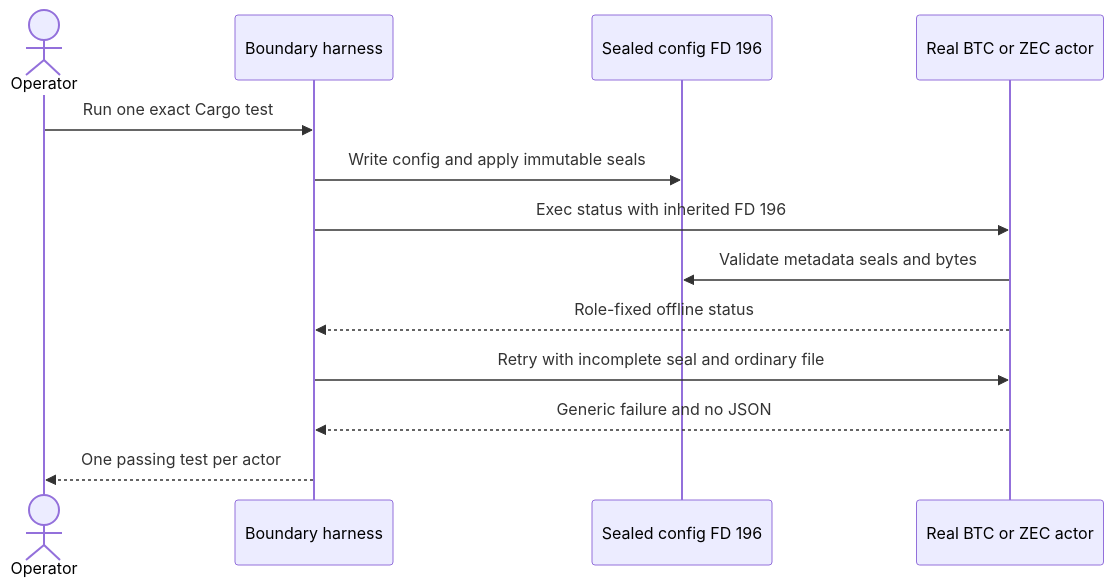
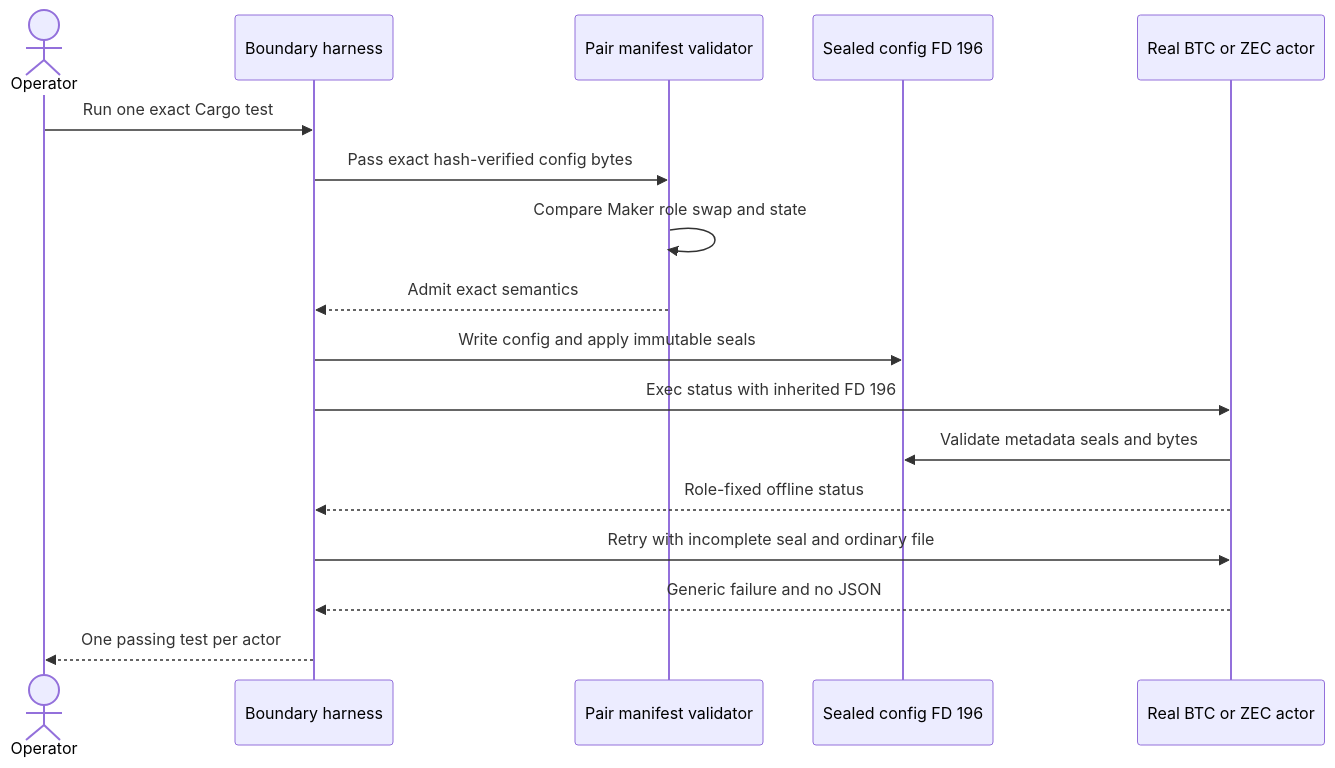
One commit to gateway-fm/lez-atomic-swaps changed the fourth of 4 diagrams in docs/manual-user-flows.md. Above: the diagram before and after it, drawn with Mermaid. The commit also changed other lines of this file and 16 other files, not shown here.

````diff
--- a/docs/manual-user-flows.md
+++ b/docs/manual-user-flows.md
@@ -4551,15 +4559,19 @@
 ```mermaid
 sequenceDiagram
     actor Operator
     participant Test as Boundary harness
+    participant V as Pair manifest validator
     participant FD as Sealed config FD 196
     participant A as Real BTC or ZEC actor
     Operator->>Test: Run one exact Cargo test
+    Test->>V: Pass exact hash-verified config bytes
+    V->>V: Compare Maker role swap and state
+    V-->>Test: Admit exact semantics
     Test->>FD: Write config and apply immutable seals
     Test->>A: Exec status with inherited FD 196
     A->>FD: Validate metadata seals and bytes
     A-->>Test: Role-fixed offline status
     Test->>A: Retry with incomplete seal and ordinary file
     A-->>Test: Generic failure and no JSON
     Test-->>Operator: One passing test per actor
 ```
````
